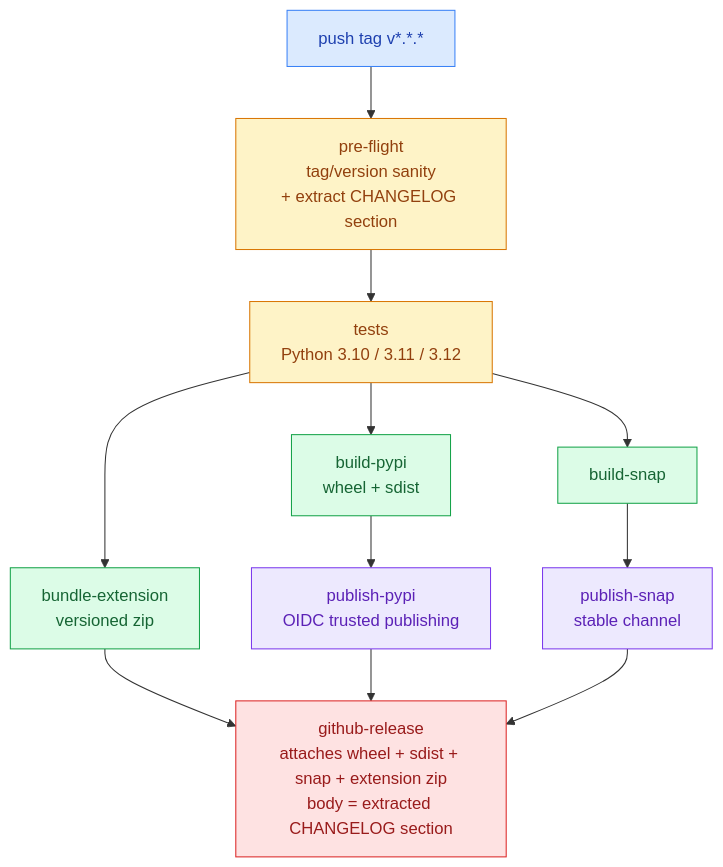
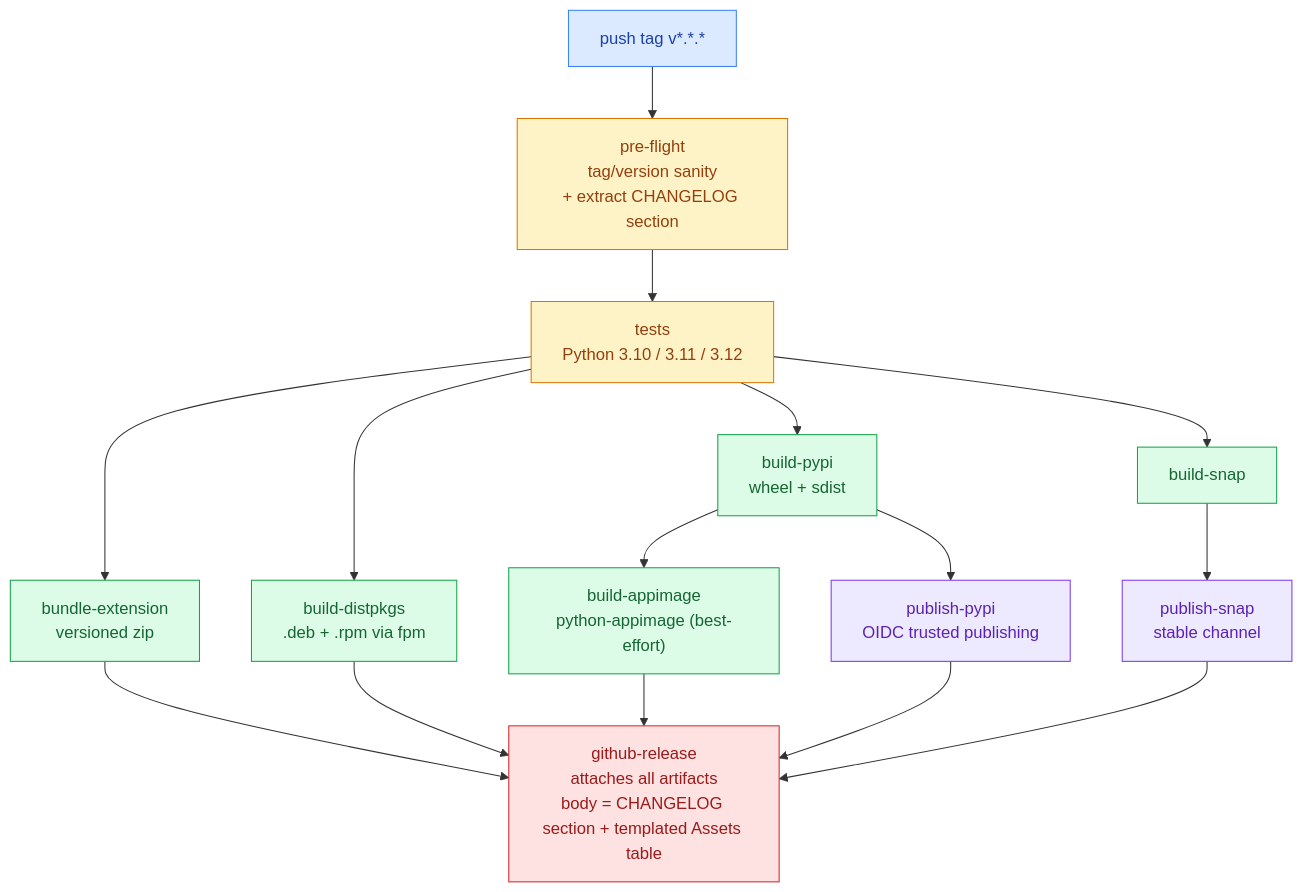
The diagram in docs/releases/README.md (MohammedEl-sayedAhmed/clipman), drawn with Mermaid before and after one commit. The commit also changed other lines of this file and 2 other files, not shown here.

First line of the commit message:
feat(release): add .deb / .rpm / AppImage builds + templated Assets table (#28)

````diff
--- a/docs/releases/README.md
+++ b/docs/releases/README.md
@@ -20,31 +20,37 @@
 ```mermaid
 flowchart TD
     classDef trigger fill:#dbeafe,stroke:#3b82f6,color:#1e40af
     classDef gate    fill:#fef3c7,stroke:#d97706,color:#92400e
     classDef build   fill:#dcfce7,stroke:#16a34a,color:#166534
     classDef publish fill:#ede9fe,stroke:#7c3aed,color:#5b21b6
     classDef final   fill:#fee2e2,stroke:#dc2626,color:#991b1b
 
     Tag["push tag v*.*.*"]:::trigger
     PF["pre-flight<br/>tag/version sanity<br/>+ extract CHANGELOG section"]:::gate
     Tests["tests<br/>Python 3.10 / 3.11 / 3.12"]:::gate
 
     BPyPI["build-pypi<br/>wheel + sdist"]:::build
     BSnap["build-snap"]:::build
     BExt["bundle-extension<br/>versioned zip"]:::build
+    BPkg["build-distpkgs<br/>.deb + .rpm via fpm"]:::build
+    BAI["build-appimage<br/>python-appimage (best-effort)"]:::build
 
     PPyPI["publish-pypi<br/>OIDC trusted publishing"]:::publish
     PSnap["publish-snap<br/>stable channel"]:::publish
 
-    Release["github-release<br/>attaches wheel + sdist + snap + extension zip<br/>body = extracted CHANGELOG section"]:::final
+    Release["github-release<br/>attaches all artifacts<br/>body = CHANGELOG section + templated Assets table"]:::final
 
     Tag --> PF --> Tests
     Tests --> BPyPI
     Tests --> BSnap
     Tests --> BExt
+    Tests --> BPkg
+    BPyPI --> BAI
     BPyPI --> PPyPI
     BSnap --> PSnap
     BExt --> Release
+    BPkg --> Release
+    BAI --> Release
     PPyPI --> Release
     PSnap --> Release
 ```
````
